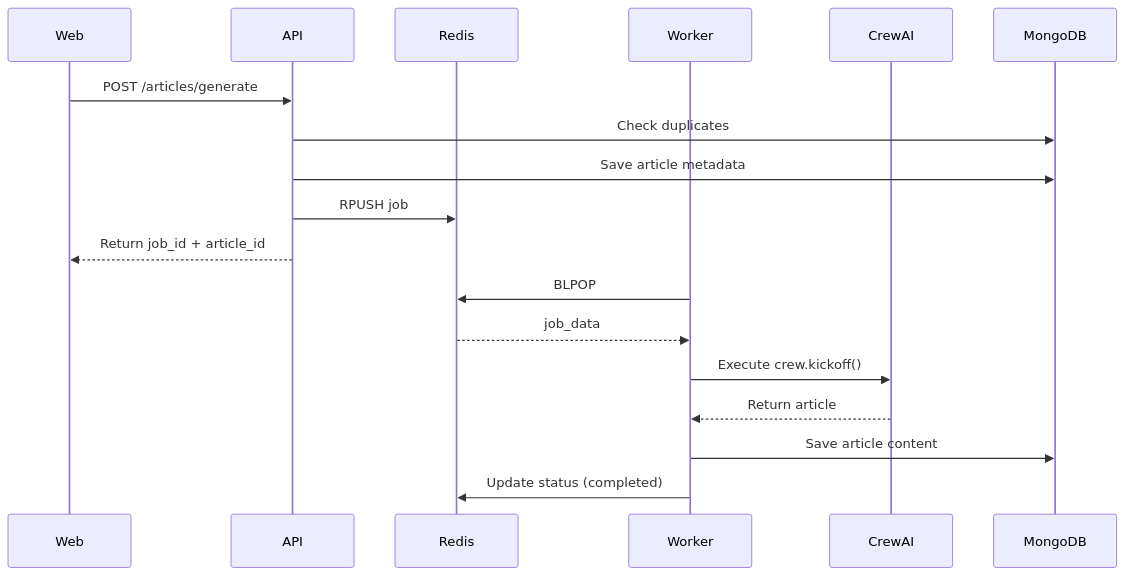
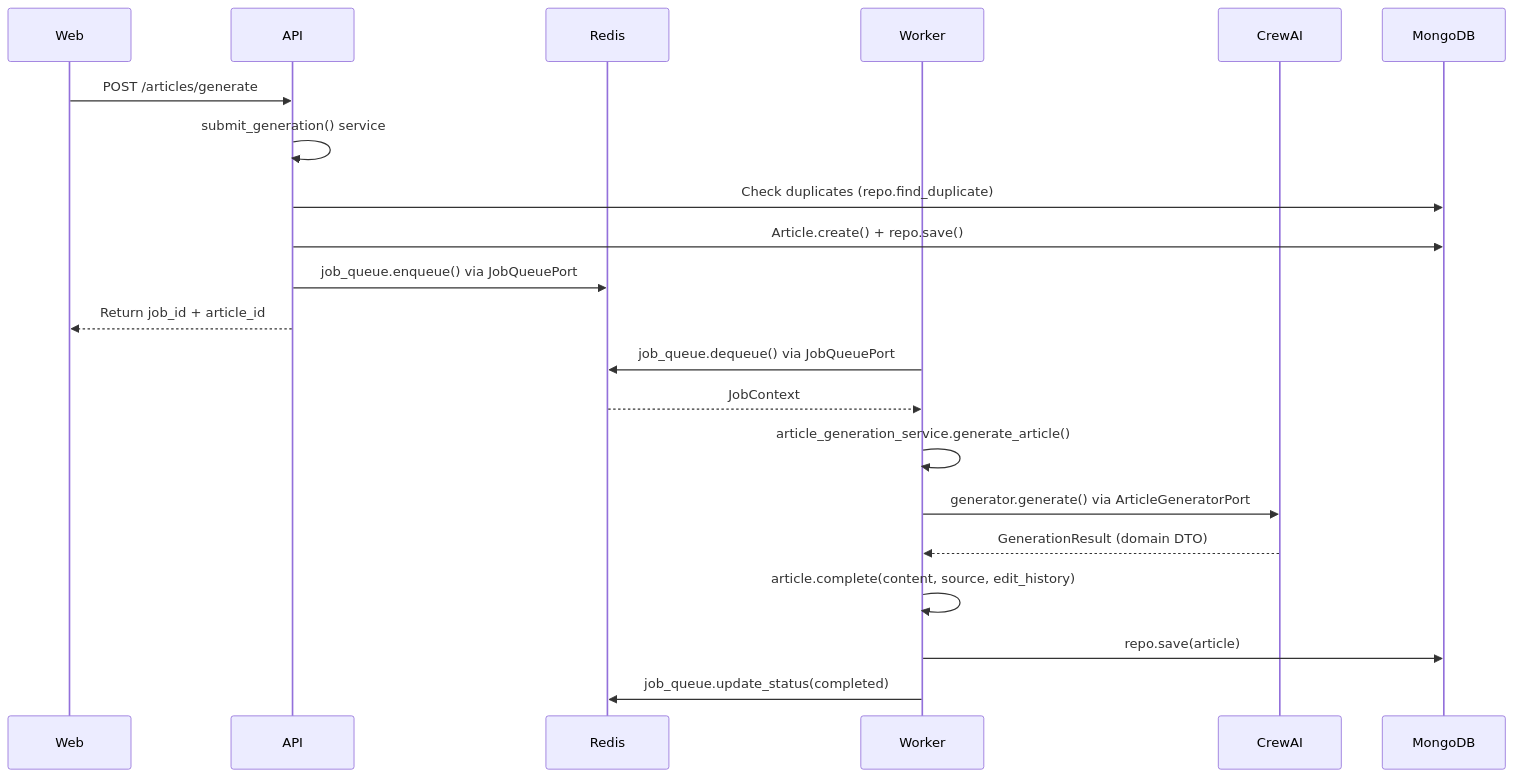
One commit to seung-gu/opad changed the third of 7 diagrams in docs/ARCHITECTURE.md. Above: the diagram before and after it, drawn with Mermaid. The commit also changed other lines of this file and 60 other files, not shown here.

First line of the commit message:
feat: Add JobQueuePort, ArticleGeneratorPort, and enrich Article domain model (#101)

````diff
--- a/docs/ARCHITECTURE.md
+++ b/docs/ARCHITECTURE.md
@@ -87,24 +87,27 @@
 ```mermaid
 sequenceDiagram
     participant Web
     participant API
     participant Redis
     participant Worker
     participant CrewAI
     participant MongoDB
     
     Web->>API: POST /articles/generate
-    API->>MongoDB: Check duplicates
-    API->>MongoDB: Save article metadata
-    API->>Redis: RPUSH job
+    API->>API: submit_generation() service
+    API->>MongoDB: Check duplicates (repo.find_duplicate)
+    API->>MongoDB: Article.create() + repo.save()
+    API->>Redis: job_queue.enqueue() via JobQueuePort
     API-->>Web: Return job_id + article_id
-    
-    Worker->>Redis: BLPOP
-    Redis-->>Worker: job_data
-    
-    Worker->>CrewAI: Execute crew.kickoff()
-    CrewAI-->>Worker: Return article
-    
-    Worker->>MongoDB: Save article content
-    Worker->>Redis: Update status (completed)
+
+    Worker->>Redis: job_queue.dequeue() via JobQueuePort
+    Redis-->>Worker: JobContext
+
+    Worker->>Worker: article_generation_service.generate_article()
+    Worker->>CrewAI: generator.generate() via ArticleGeneratorPort
+    CrewAI-->>Worker: GenerationResult (domain DTO)
+
+    Worker->>Worker: article.complete(content, source, edit_history)
+    Worker->>MongoDB: repo.save(article)
+    Worker->>Redis: job_queue.update_status(completed)
 ```
````
